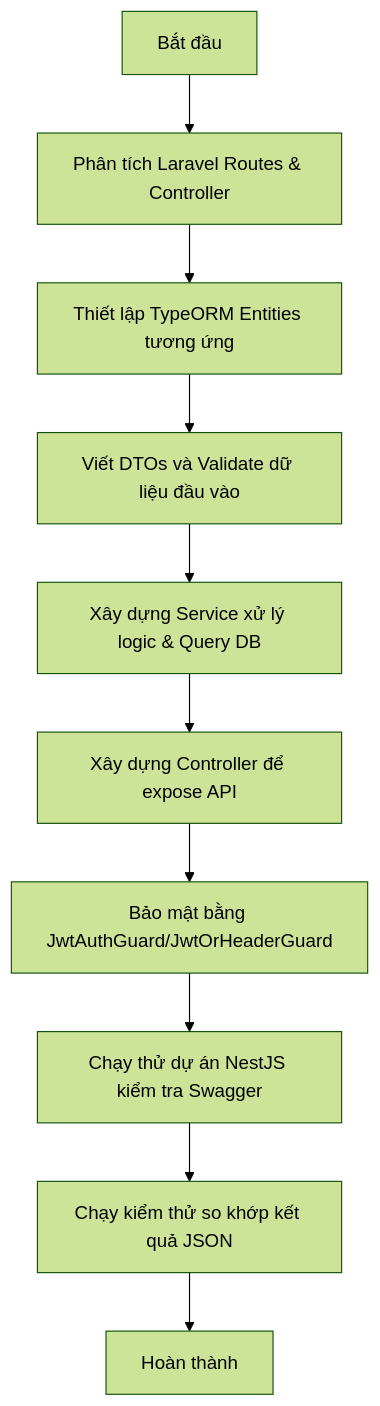
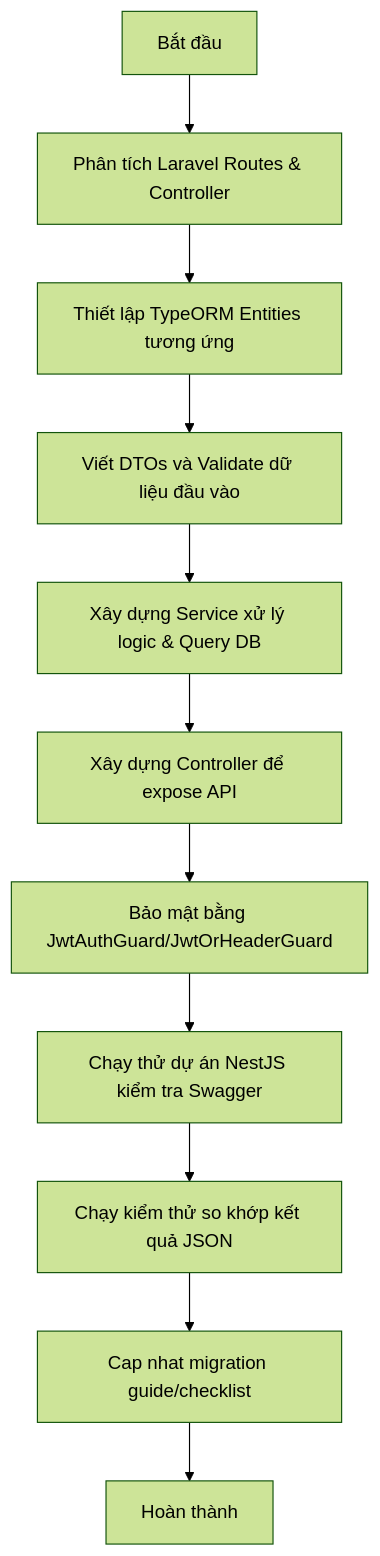
Before and after one commit to soncoderz/mirgrate-APi-larvel-Nestjs: the diagram in migration-guide/3_AGENT_WORKFLOW.md, drawn with Mermaid (forest theme). The commit also changed other lines of this file and 8 other files, not shown here.

````diff
--- a/migration-guide/3_AGENT_WORKFLOW.md
+++ b/migration-guide/3_AGENT_WORKFLOW.md
@@ -5,12 +5,13 @@
 ```mermaid
 graph TD
     A[Bắt đầu] --> B[Phân tích Laravel Routes & Controller]
     B --> C[Thiết lập TypeORM Entities tương ứng]
     C --> D[Viết DTOs và Validate dữ liệu đầu vào]
     D --> E[Xây dựng Service xử lý logic & Query DB]
     E --> F[Xây dựng Controller để expose API]
     F --> G[Bảo mật bằng JwtAuthGuard/JwtOrHeaderGuard]
     G --> H[Chạy thử dự án NestJS kiểm tra Swagger]
     H --> I[Chạy kiểm thử so khớp kết quả JSON]
-    I --> J[Hoàn thành]
+    I --> K[Cap nhat migration guide/checklist]
+    K --> J[Hoàn thành]
 ```
````
